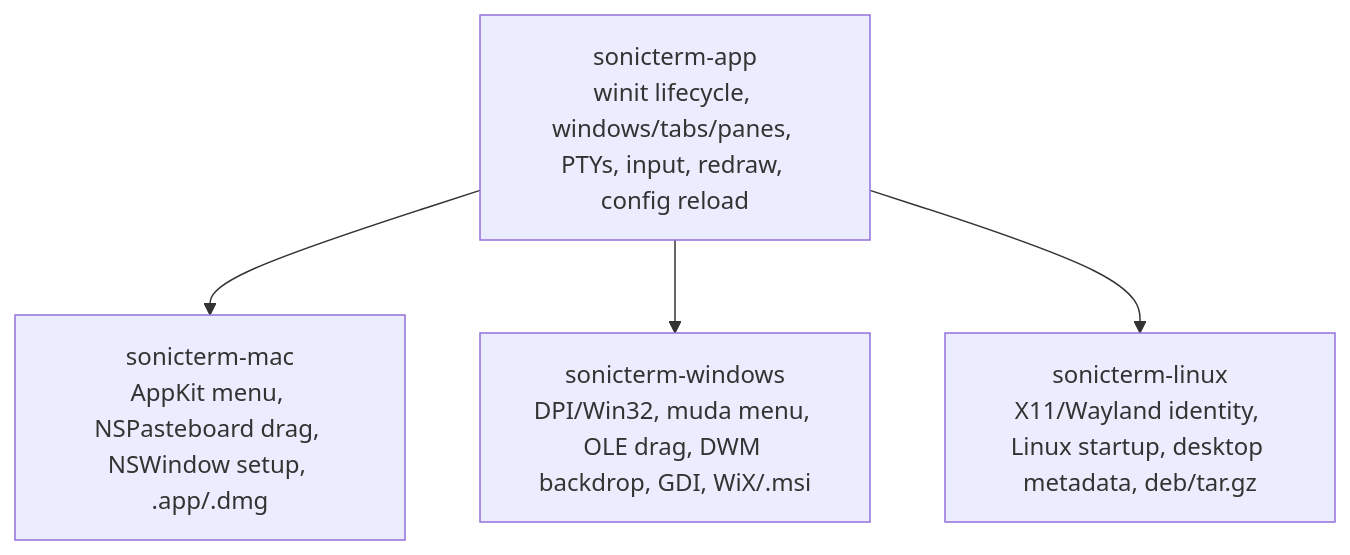
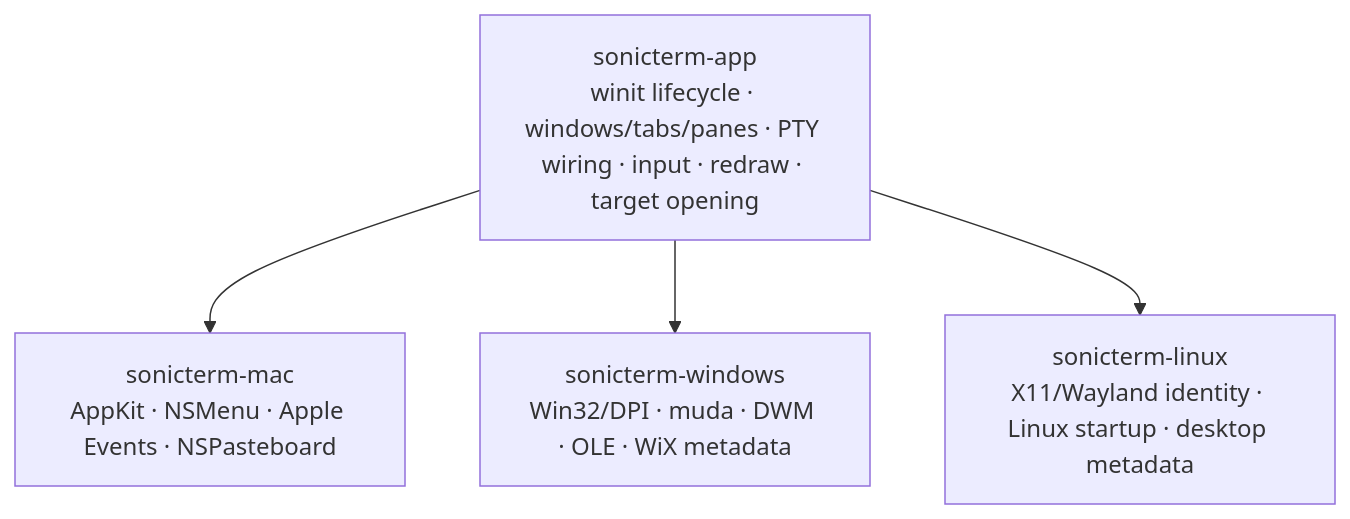
Before and after one commit to D0n9X1n/SonicTerm: the first of 2 diagrams in wiki/Platform-Integration.md, drawn with Mermaid. The commit also changed other lines of this file and 33 other files, not shown here.

````diff
--- a/wiki/Platform-Integration.md
+++ b/wiki/Platform-Integration.md
@@ -12,11 +11,11 @@
 ```mermaid
 flowchart TD
-    app["sonicterm-app<br/>winit lifecycle, windows/tabs/panes, PTYs, input, redraw, config reload"]
-    mac["sonicterm-mac<br/>AppKit menu, NSPasteboard drag, NSWindow setup, .app/.dmg"]
-    win["sonicterm-windows<br/>DPI/Win32, muda menu, OLE drag, DWM backdrop, GDI, WiX/.msi"]
-    linux["sonicterm-linux<br/>X11/Wayland identity, Linux startup, desktop metadata, deb/tar.gz"]
+    app["sonicterm-app<br/>winit lifecycle · windows/tabs/panes · PTY wiring · input · redraw · target opening"]
+    mac["sonicterm-mac<br/>AppKit · NSMenu · Apple Events · NSPasteboard"]
+    win["sonicterm-windows<br/>Win32/DPI · muda · DWM · OLE · WiX metadata"]
+    linux["sonicterm-linux<br/>X11/Wayland identity · Linux startup · desktop metadata"]
 
     app --> mac
     app --> win
     app --> linux
 ```
````
